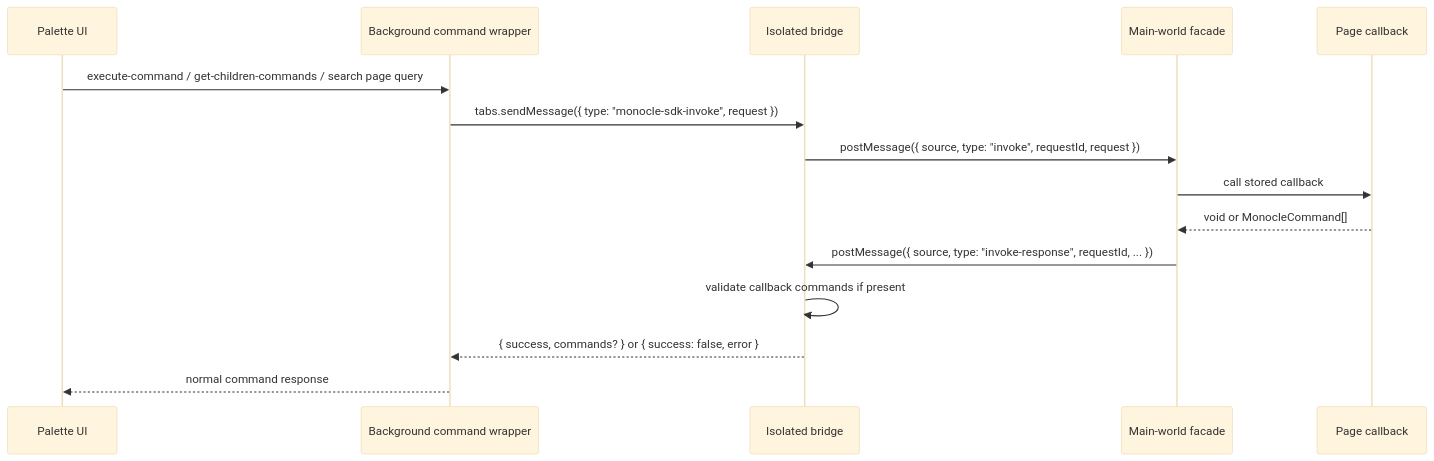
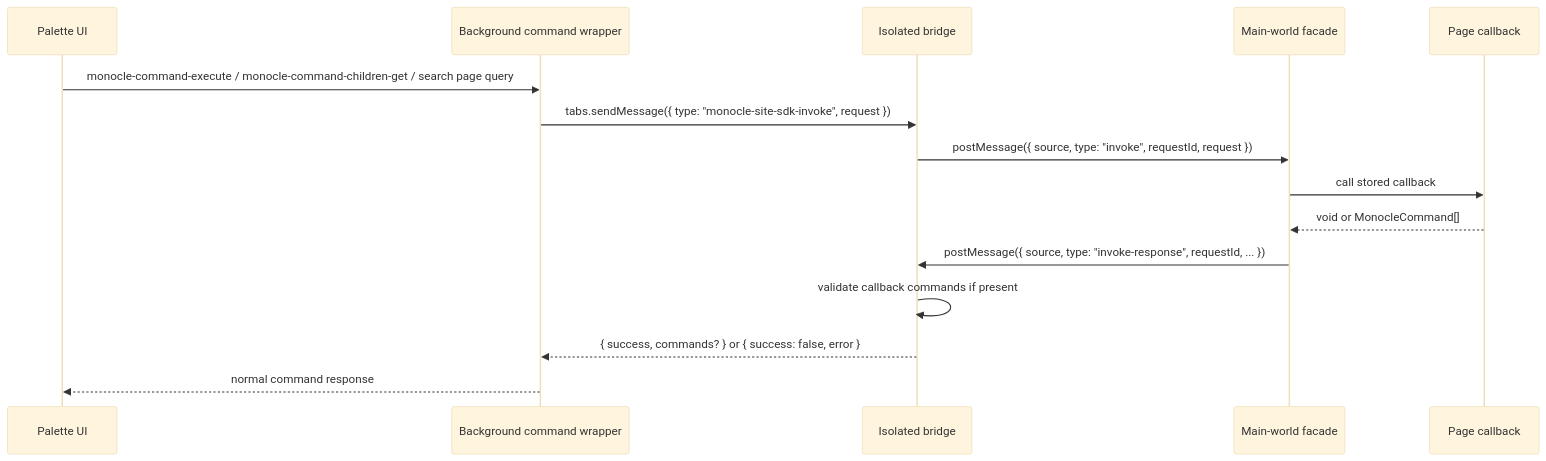
Before and after one commit to jamesmacfie/monocle: the third of 3 diagrams in docs/site-sdk.md, drawn with Mermaid (base theme). The commit also changed other lines of this file and 221 other files, not shown here.

````diff
--- a/docs/site-sdk.md
+++ b/docs/site-sdk.md
@@ -268,18 +268,18 @@
 ```mermaid
 sequenceDiagram
   participant UI as Palette UI
   participant Bg as Background command wrapper
   participant Bridge as Isolated bridge
   participant Facade as Main-world facade
   participant Page as Page callback
 
-  UI->>Bg: execute-command / get-children-commands / search page query
-  Bg->>Bridge: tabs.sendMessage({ type: "monocle-sdk-invoke", request })
+  UI->>Bg: monocle-command-execute / monocle-command-children-get / search page query
+  Bg->>Bridge: tabs.sendMessage({ type: "monocle-site-sdk-invoke", request })
   Bridge->>Facade: postMessage({ source, type: "invoke", requestId, request })
   Facade->>Page: call stored callback
   Page-->>Facade: void or MonocleCommand[]
   Facade->>Bridge: postMessage({ source, type: "invoke-response", requestId, ... })
   Bridge->>Bridge: validate callback commands if present
   Bridge-->>Bg: { success, commands? } or { success: false, error }
   Bg-->>UI: normal command response
 ```
````
